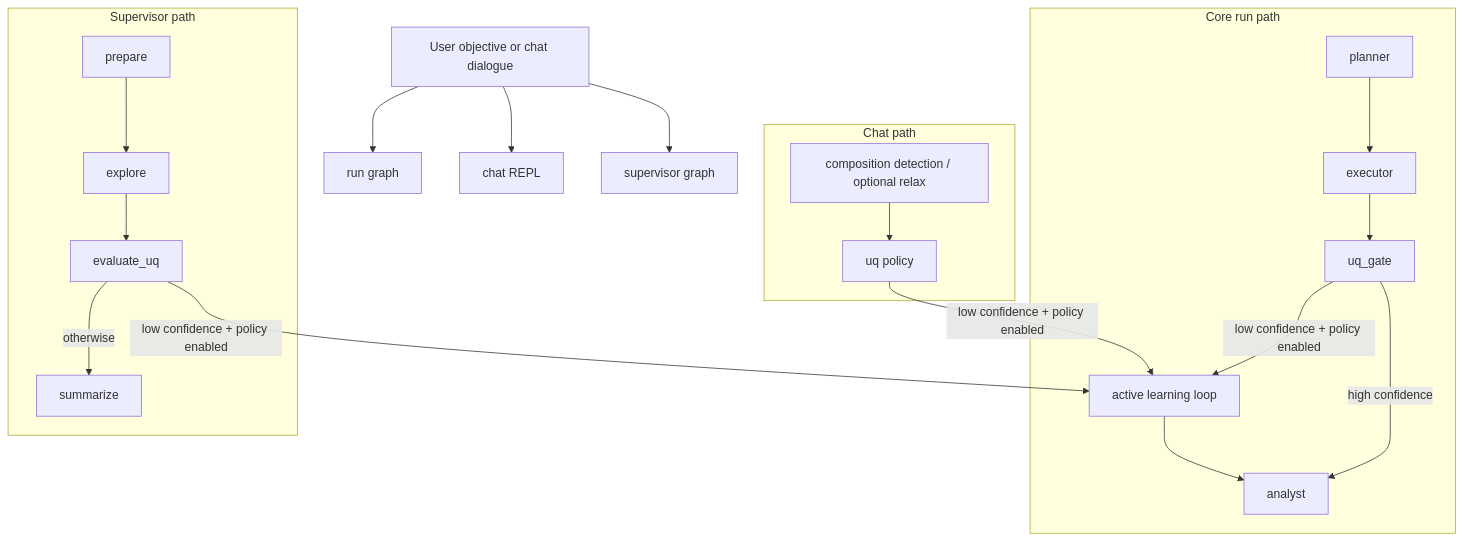
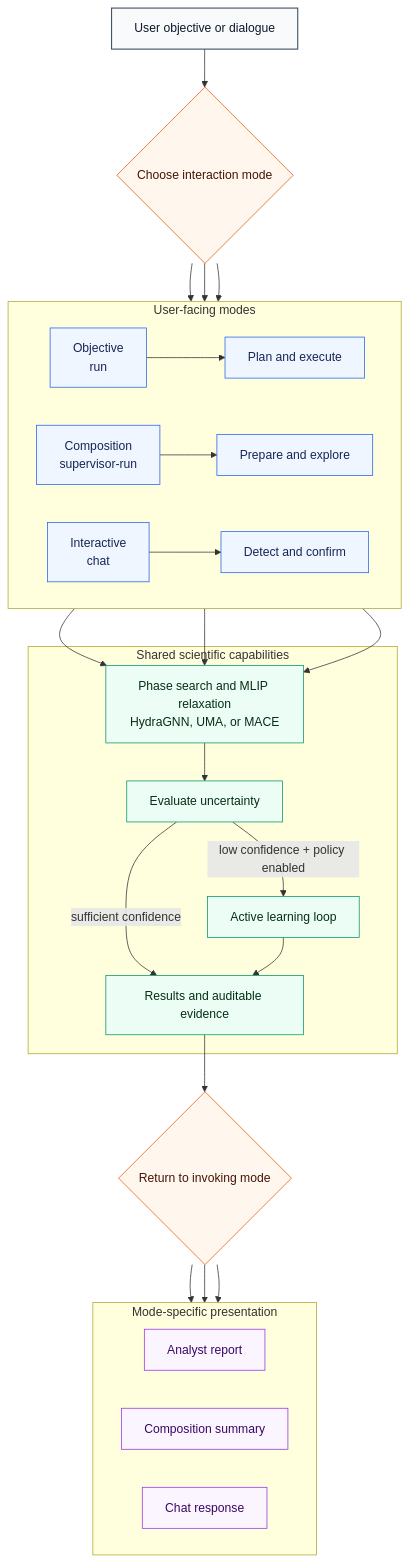
Before and after one commit to ORNL/matsim-agents: the diagram in README.md, drawn with Mermaid. The commit also changed other lines of this file and 131 other files, not shown here.

````diff
--- a/README.md
+++ b/README.md
@@ -83,27 +84,55 @@
 ```mermaid
 flowchart TD
-    U[User objective or chat dialogue]
-    U --> R[run graph]
-    U --> C[chat REPL]
-    U --> S[supervisor graph]
+    U[User objective or dialogue] --> G{Choose interaction mode}
 
-    subgraph RPATH[Core run path]
-      RP[planner] --> RE[executor]
-      RE --> RU[uq_gate]
-      RU -->|high confidence| RA[analyst]
-      RU -->|low confidence + policy enabled| AL[active learning loop]
-      AL --> RA
+    subgraph MODES[User-facing modes]
+      direction LR
+      O[Objective<br/>run] --> OP[Plan and execute]
+      P[Composition<br/>supervisor-run] --> PP[Prepare and explore]
+      I[Interactive<br/>chat] --> IP[Detect and confirm]
     end
 
-    subgraph SPATH[Supervisor path]
-      SP[prepare] --> SX[explore]
-      SX --> SU[evaluate_uq]
-      SU -->|low confidence + policy enabled| AL
-      SU -->|otherwise| SS[summarize]
+    G --> O
+    G --> P
+    G --> I
+
+    OP --> X
+    PP --> X
+    IP --> X
+
+    subgraph SCIENCE[Shared scientific capabilities]
+      X[Phase search and MLIP relaxation<br/>HydraGNN, UMA, or MACE]
+      Q[Evaluate uncertainty]
+      AL[Active learning loop]
+      E[Results and auditable evidence]
+
+      X --> Q
+      Q -->|low confidence + policy enabled| AL
+      Q -->|sufficient confidence| E
+      AL --> E
     end
 
-    subgraph CPATH[Chat path]
-      CC[composition detection / optional relax] --> CU[uq policy]
-      CU -->|low confidence + policy enabled| AL
+    E --> R{Return to invoking mode}
+
+    subgraph OUTPUTS[Mode-specific presentation]
+      direction LR
+      OA[Analyst report]
+      PS[Composition summary]
+      IR[Chat response]
     end
+
+    R --> OA
+    R --> PS
+    R --> IR
+
+    classDef entry fill:#f8fafc,stroke:#475569,color:#0f172a,stroke-width:1.5px
+    classDef mode fill:#eff6ff,stroke:#2563eb,color:#172554
+    classDef science fill:#ecfdf5,stroke:#059669,color:#052e16
+    classDef decision fill:#fff7ed,stroke:#ea580c,color:#431407
+    classDef output fill:#faf5ff,stroke:#9333ea,color:#3b0764
+    class U entry
+    class G,R decision
+    class O,OP,P,PP,I,IP mode
+    class X,Q,AL,E science
+    class OA,PS,IR output
 ```
````
